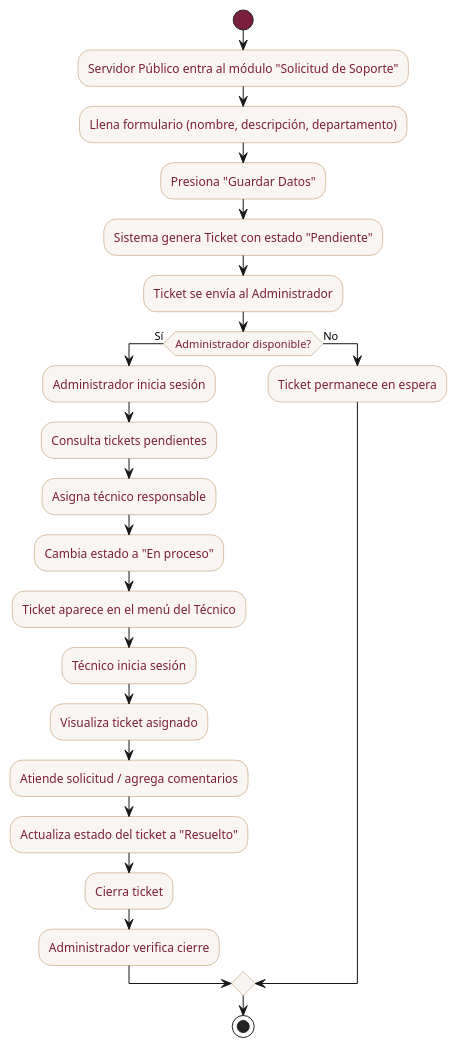
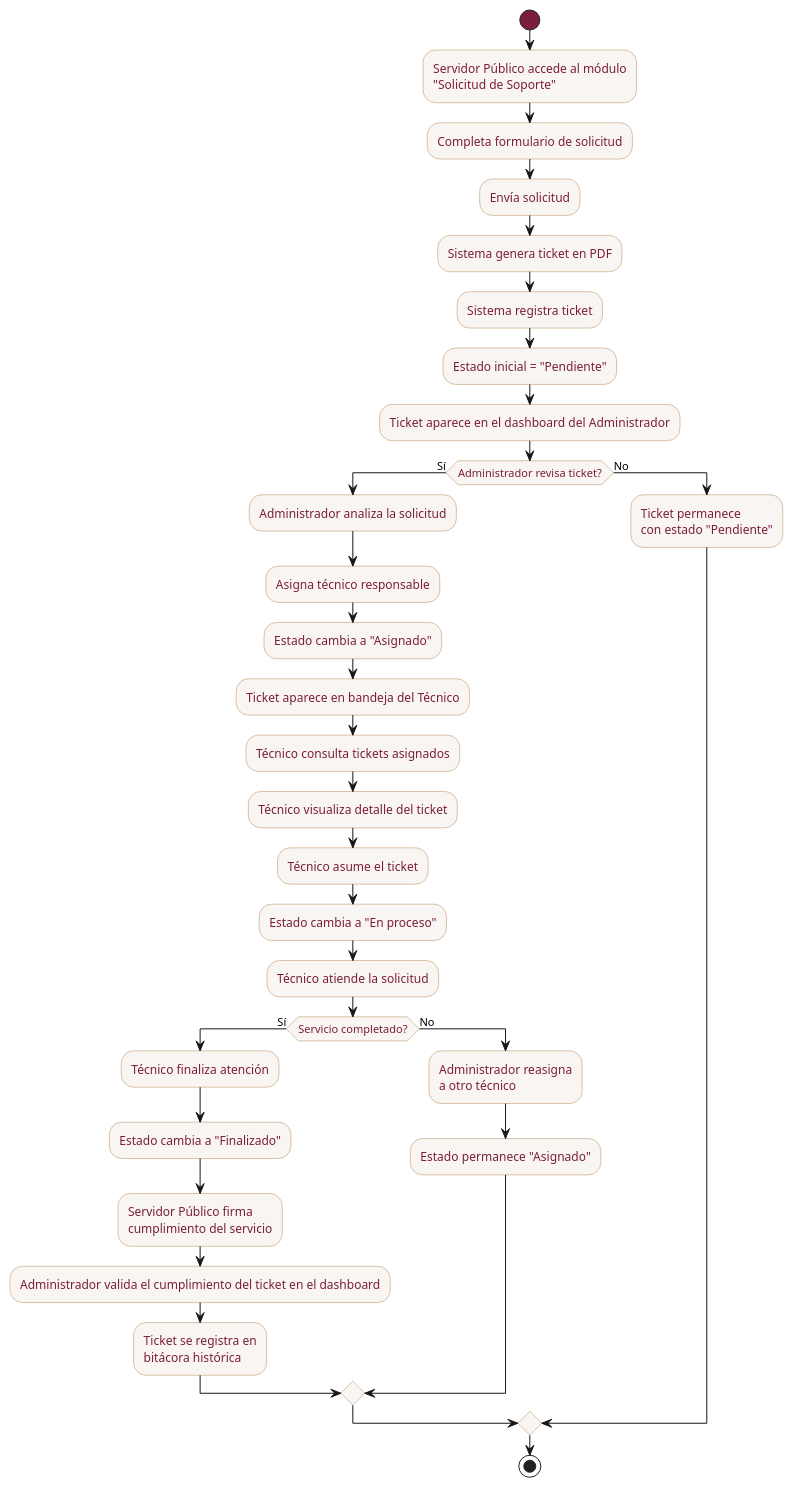
The diagram in api/src/main/java/diagrama_actividad_tickets.puml (lalo02rico-lab/M_ayuda), drawn with PlantUML before and after one commit. The commit also changed 69 other files, not shown here.

```diff
--- a/api/src/main/java/diagrama_actividad_tickets.puml
+++ b/api/src/main/java/diagrama_actividad_tickets.puml
@@ -1,35 +1,54 @@
 @startuml
 skinparam backgroundColor #FFFFFF
 skinparam activity {
   StartColor #7B1E3D
   EndColor #7B1E3D
   BackgroundColor #F9F5F3
   BorderColor #B48954
   FontColor #7B1E3D
 }
 
 start
-:Servidor Público entra al módulo "Solicitud de Soporte";
-:Llena formulario (nombre, descripción, departamento);
-:Presiona "Guardar Datos";
-:Sistema genera Ticket con estado "Pendiente";
-:Ticket se envía al Administrador;
 
-if (Administrador disponible?) then (Sí)
-  :Administrador inicia sesión;
-  :Consulta tickets pendientes;
+:Servidor Público accede al módulo\n"Solicitud de Soporte";
+:Completa formulario de solicitud;
+:Envía solicitud;
+
+:Sistema genera ticket en PDF;
+:Sistema registra ticket;
+:Estado inicial = "Pendiente";
+
+
+:Ticket aparece en el dashboard del Administrador;
+
+if (Administrador revisa ticket?) then (Sí)
+  :Administrador analiza la solicitud;
   :Asigna técnico responsable;
-  :Cambia estado a "En proceso";
-  :Ticket aparece en el menú del Técnico;
-  :Técnico inicia sesión;
-  :Visualiza ticket asignado;
-  :Atiende solicitud / agrega comentarios;
-  :Actualiza estado del ticket a "Resuelto";
-  :Cierra ticket;
-  :Administrador verifica cierre;
+  :Estado cambia a "Asignado";
+
+  :Ticket aparece en bandeja del Técnico;
+  :Técnico consulta tickets asignados;
+  :Técnico visualiza detalle del ticket;
+  :Técnico asume el ticket;
+  :Estado cambia a "En proceso";
+
+  :Técnico atiende la solicitud;
+
+
+  if (Servicio completado?) then (Sí)
+    :Técnico finaliza atención;
+    :Estado cambia a "Finalizado";
+    :Servidor Público firma\ncumplimiento del servicio;
+    :Administrador valida el cumplimiento del ticket en el dashboard;
+    :Ticket se registra en\nbitácora histórica;
+  else (No)
+    :Administrador reasigna\na otro técnico;
+    :Estado permanece "Asignado";
+  endif
+
 else (No)
-  :Ticket permanece en espera;
+  :Ticket permanece\ncon estado "Pendiente";
 endif
 
 stop
 @enduml
```
